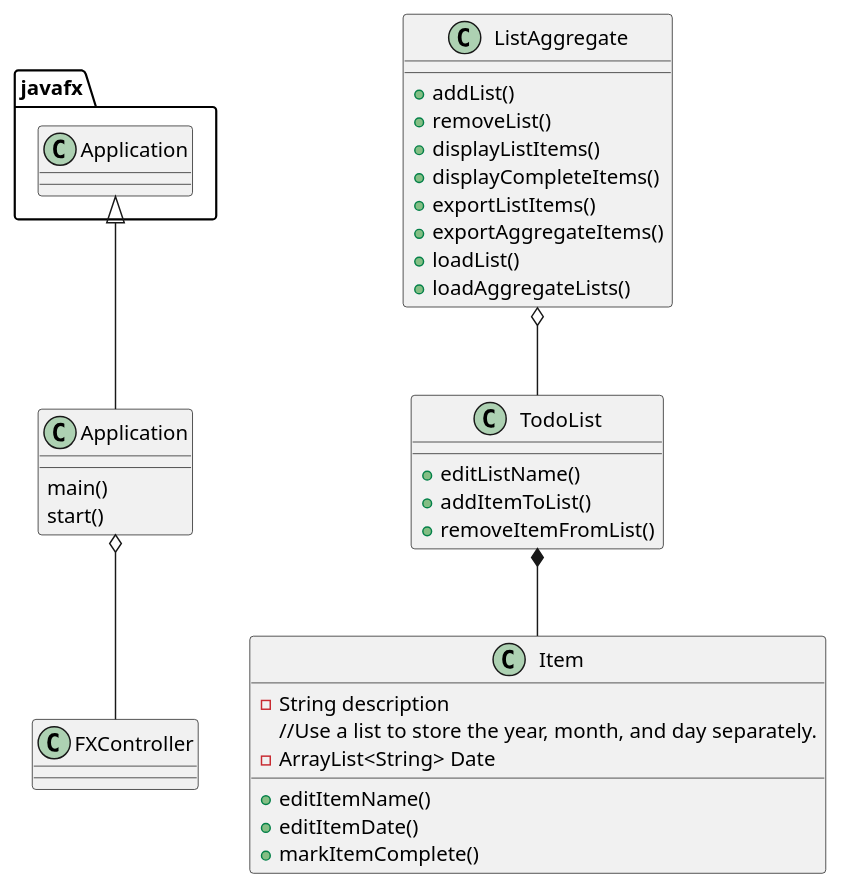
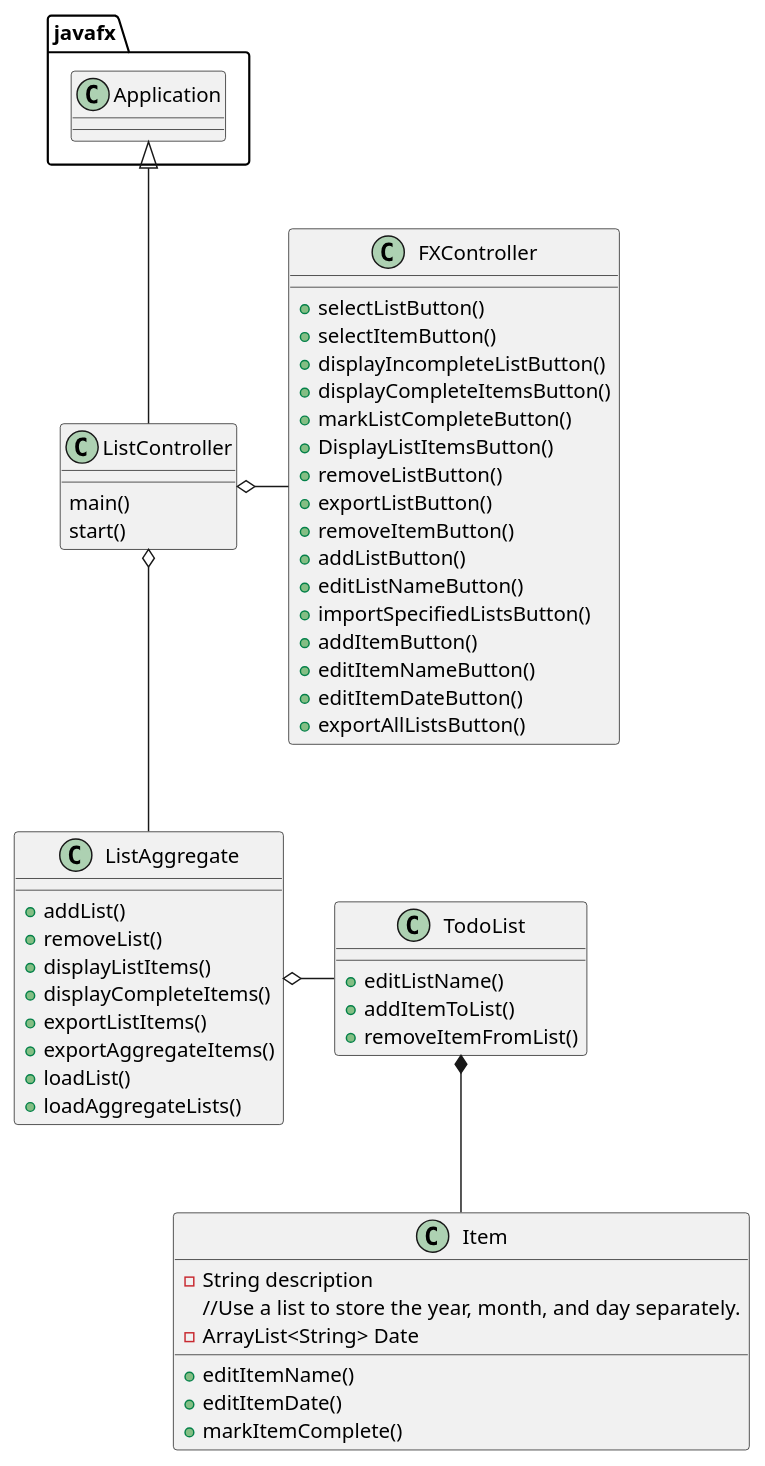
Before and after one commit to ZacharyN89/nowicki-cop3330-assignment4part2: the diagram in uml/ClassDiagram.puml, drawn with PlantUML.

Commit message:
Update UML

```diff
--- a/uml/ClassDiagram.puml
+++ b/uml/ClassDiagram.puml
@@ -1,48 +1,64 @@
 @startuml
 'https://plantuml.com/class-diagram
 
-class Application{
+class ListController{
     main()
     start()
 }
 
 class FXController{
-
+    +selectListButton()
+    +selectItemButton()
+    +displayIncompleteListButton()
+    +displayCompleteItemsButton()
+    +markListCompleteButton()
+    +DisplayListItemsButton()
+    +removeListButton()
+    +exportListButton()
+    +removeItemButton()
+    +addListButton()
+    +editListNameButton()
+    +importSpecifiedListsButton()
+    +addItemButton()
+    +editItemNameButton()
+    +editItemDateButton()
+    +exportAllListsButton()
 }
 
 class ListAggregate{
     +addList()
     +removeList()
     +displayListItems()
     +displayCompleteItems()
     +exportListItems()
     +exportAggregateItems()
     +loadList()
     +loadAggregateLists()
 }
 
 class TodoList{
     +editListName()
     +addItemToList()
     +removeItemFromList()
 
 }
 
 class Item{
     -String description
     //Use a list to store the year, month, and day separately.
     -ArrayList<String> Date
 
     +editItemName()
     +editItemDate()
     +markItemComplete()
 }
 
 
 
 
-javafx.Application <|-- Application
-Application o-- FXController
+javafx.Application <|-- ListController
+ListController o-- ListAggregate
+ListController o- FXController
 TodoList *-- Item
-ListAggregate o-- TodoList
+ListAggregate o- TodoList
 @enduml
```
